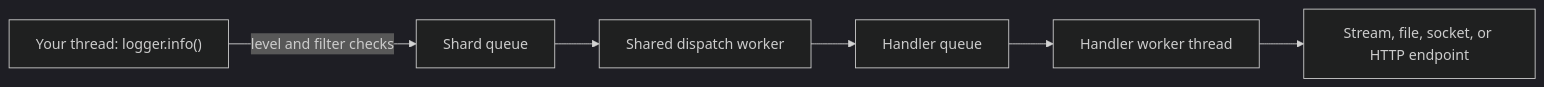
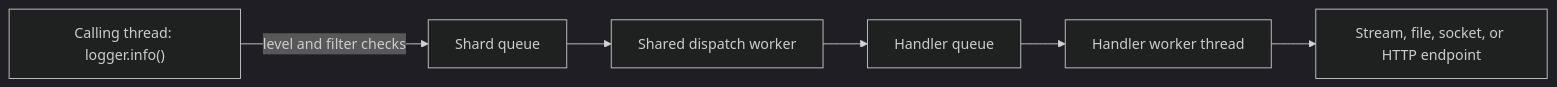
One commit to leynos/femtologging changed the first of 2 diagrams in docs/users-guide.md. Above: the diagram before and after it, drawn with Mermaid (dark theme). The commit also changed other lines of this file and 3 other files, not shown here.

````diff
--- a/docs/users-guide.md
+++ b/docs/users-guide.md
@@ -114,8 +114,8 @@
 ```mermaid
 flowchart LR
-    caller["Your thread: logger.info()"] -->|"level and filter checks"| lq["Shard queue"]
+    caller["Calling thread: logger.info()"] -->|"level and filter checks"| lq["Shard queue"]
     lq --> lw["Shared dispatch worker"]
     lw --> hq["Handler queue"]
     hq --> hw["Handler worker thread"]
     hw --> sink["Stream, file, socket, or HTTP endpoint"]
 ```
````
